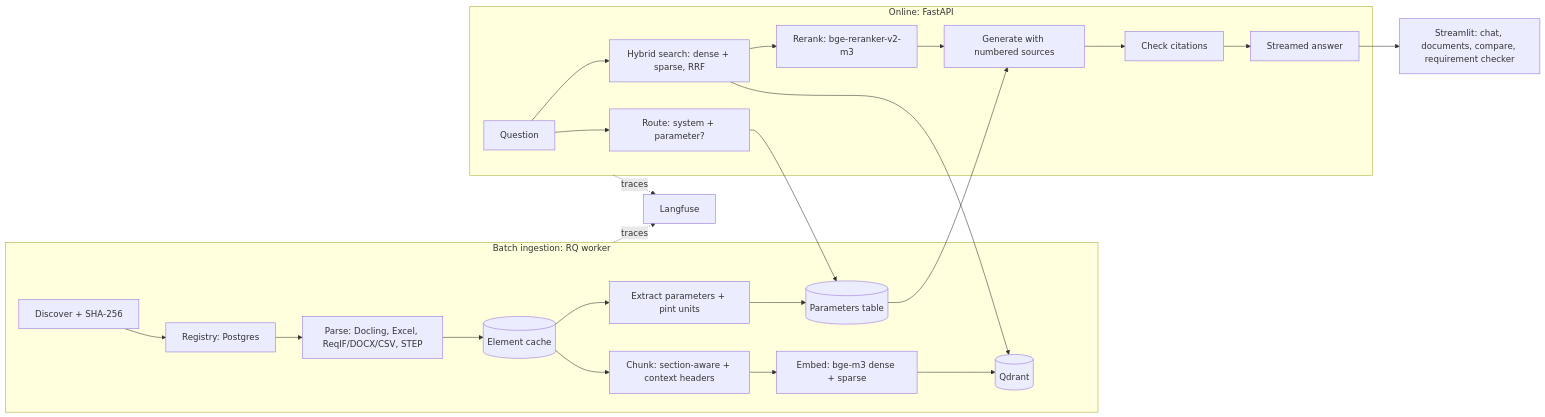
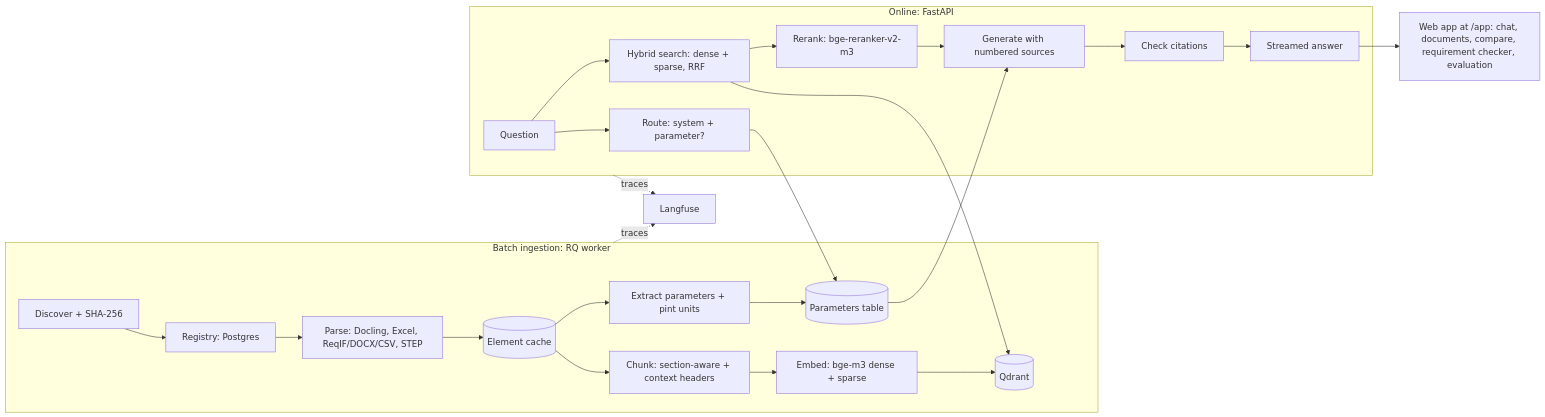
The diagram in README.md (Aymenrahmanii/FuelCell-RAG), drawn with Mermaid before and after one commit. The commit also changed other lines of this file and 17 other files, not shown here.

````diff
--- a/README.md
+++ b/README.md
@@ -106,26 +127,26 @@
 ```mermaid
 flowchart LR
   subgraph Ingestion [Batch ingestion: RQ worker]
     D[Discover + SHA-256] --> R[Registry: Postgres]
     R --> P[Parse: Docling, Excel, ReqIF/DOCX/CSV, STEP]
     P --> C[(Element cache)]
     C --> X[Extract parameters + pint units]
     C --> K[Chunk: section-aware + context headers]
     K --> E[Embed: bge-m3 dense + sparse]
     E --> Q[(Qdrant)]
     X --> T[(Parameters table)]
   end
   subgraph Answering [Online: FastAPI]
     U[Question] --> RT[Route: system + parameter?]
     RT --> T
     U --> H[Hybrid search: dense + sparse, RRF]
     H --> Q
     H --> RR[Rerank: bge-reranker-v2-m3]
     RR --> G[Generate with numbered sources]
     T --> G
     G --> V[Check citations] --> A[Streamed answer]
   end
-  A --> UI[Streamlit: chat, documents, compare, requirement checker]
+  A --> UI[Web app at /app: chat, documents, compare, requirement checker, evaluation]
   Ingestion -. traces .-> L[Langfuse]
   Answering -. traces .-> L
 ```
````
